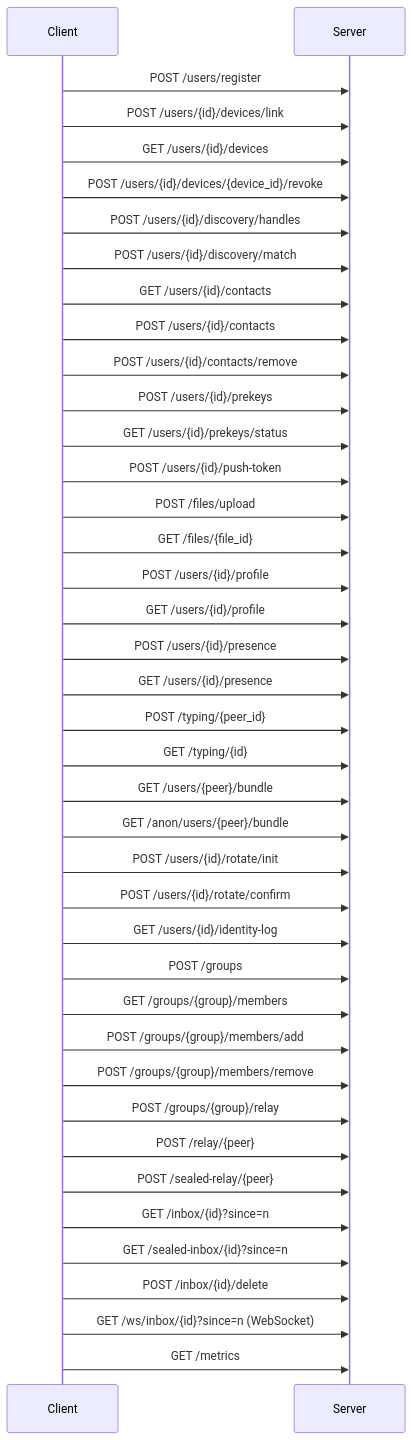
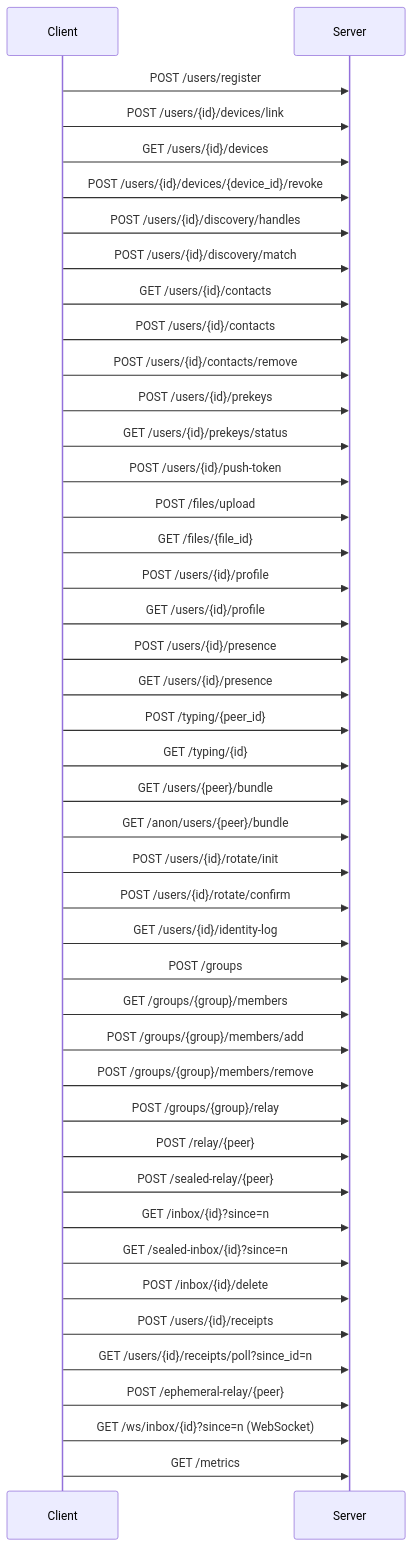
The first of 2 diagrams in docs/API.md (ErenAri/post-quantum-messaging-app), drawn with Mermaid before and after one commit. The commit also changed other lines of this file and 17 other files, not shown here.

First line of the commit message:
Add end-to-end tests for client messaging flows

````diff
--- a/docs/API.md
+++ b/docs/API.md
@@ -14,42 +14,45 @@
 ```mermaid
 sequenceDiagram
     participant C as Client
     participant S as Server
     C->>S: POST /users/register
     C->>S: POST /users/{id}/devices/link
     C->>S: GET /users/{id}/devices
     C->>S: POST /users/{id}/devices/{device_id}/revoke
     C->>S: POST /users/{id}/discovery/handles
     C->>S: POST /users/{id}/discovery/match
     C->>S: GET /users/{id}/contacts
     C->>S: POST /users/{id}/contacts
     C->>S: POST /users/{id}/contacts/remove
     C->>S: POST /users/{id}/prekeys
     C->>S: GET /users/{id}/prekeys/status
     C->>S: POST /users/{id}/push-token
     C->>S: POST /files/upload
     C->>S: GET /files/{file_id}
     C->>S: POST /users/{id}/profile
     C->>S: GET /users/{id}/profile
     C->>S: POST /users/{id}/presence
     C->>S: GET /users/{id}/presence
     C->>S: POST /typing/{peer_id}
     C->>S: GET /typing/{id}
     C->>S: GET /users/{peer}/bundle
     C->>S: GET /anon/users/{peer}/bundle
     C->>S: POST /users/{id}/rotate/init
     C->>S: POST /users/{id}/rotate/confirm
     C->>S: GET /users/{id}/identity-log
     C->>S: POST /groups
     C->>S: GET /groups/{group}/members
     C->>S: POST /groups/{group}/members/add
     C->>S: POST /groups/{group}/members/remove
     C->>S: POST /groups/{group}/relay
     C->>S: POST /relay/{peer}
     C->>S: POST /sealed-relay/{peer}
     C->>S: GET /inbox/{id}?since=n
     C->>S: GET /sealed-inbox/{id}?since=n
     C->>S: POST /inbox/{id}/delete
+    C->>S: POST /users/{id}/receipts
+    C->>S: GET /users/{id}/receipts/poll?since_id=n
+    C->>S: POST /ephemeral-relay/{peer}
     C->>S: GET /ws/inbox/{id}?since=n (WebSocket)
     C->>S: GET /metrics
 ```
````
